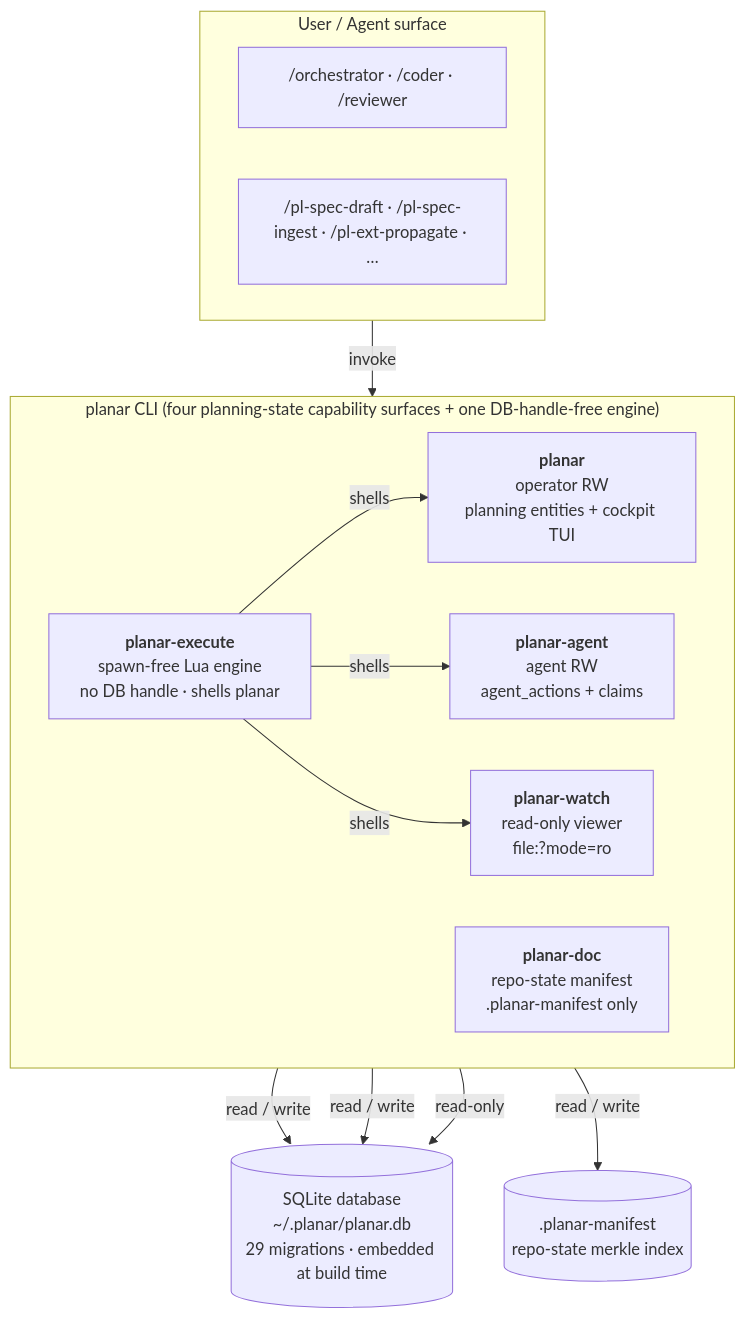
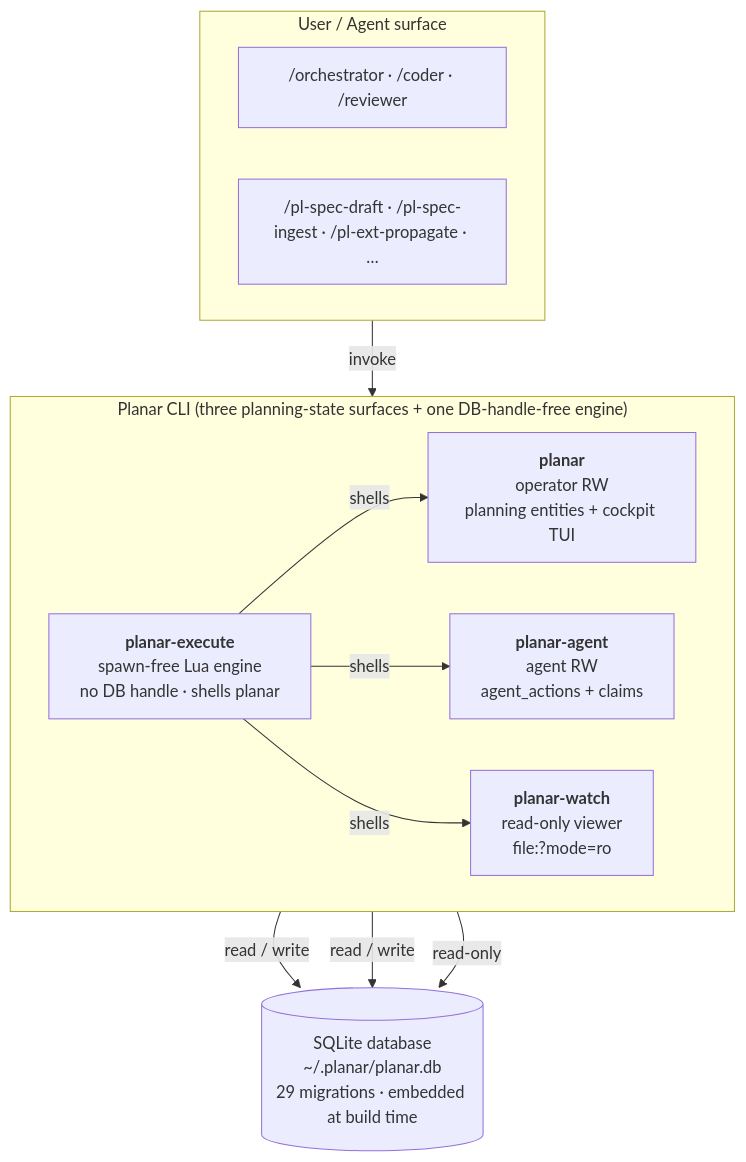
One commit to rdrsss/planar changed the first of 2 diagrams in docs/architecture.md. Above: the diagram before and after it, drawn with Mermaid. The commit also changed other lines of this file and 58 other files, not shown here.

````diff
--- a/docs/architecture.md
+++ b/docs/architecture.md
@@ -11,29 +11,26 @@
 ```mermaid
 flowchart TD
     subgraph Surface["User / Agent surface"]
         direction LR
         S1["/orchestrator · /coder · /reviewer"]
         S2["/pl-spec-draft · /pl-spec-ingest · /pl-ext-propagate · …"]
     end
 
-    subgraph Binaries["planar CLI (four planning-state capability surfaces + one DB-handle-free engine)"]
+    subgraph Binaries["Planar CLI (three planning-state surfaces + one DB-handle-free engine)"]
         direction LR
         B1["<b>planar</b><br/>operator RW<br/>planning entities + cockpit TUI"]
         B2["<b>planar-agent</b><br/>agent RW<br/>agent_actions + claims"]
         B3["<b>planar-watch</b><br/>read-only viewer<br/>file:?mode=ro"]
-        B4["<b>planar-doc</b><br/>repo-state manifest<br/>.planar-manifest only"]
-        B5["<b>planar-execute</b><br/>spawn-free Lua engine<br/>no DB handle · shells planar"]
+        B4["<b>planar-execute</b><br/>spawn-free Lua engine<br/>no DB handle · shells planar"]
     end
 
     DB[("SQLite database<br/>~/.planar/planar.db<br/>29 migrations · embedded at build time")]
-    MF[(".planar-manifest<br/>repo-state merkle index")]
 
     Surface -->|invoke| Binaries
     B1 -->|read / write| DB
     B2 -->|read / write| DB
     B3 -->|read-only| DB
-    B4 -->|read / write| MF
-    B5 -->|shells| B1
-    B5 -->|shells| B2
-    B5 -->|shells| B3
+    B4 -->|shells| B1
+    B4 -->|shells| B2
+    B4 -->|shells| B3
 ```
````
